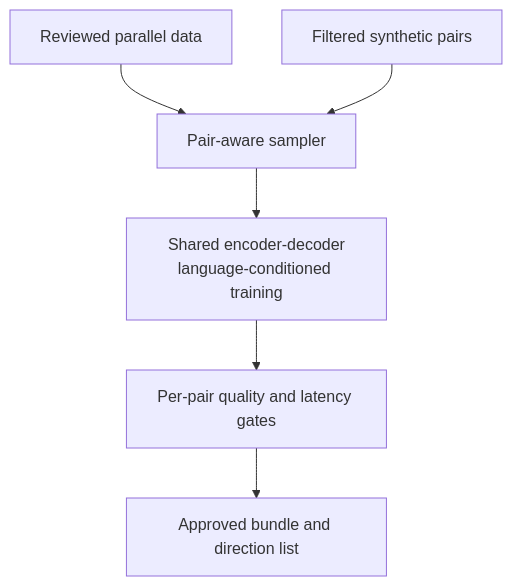
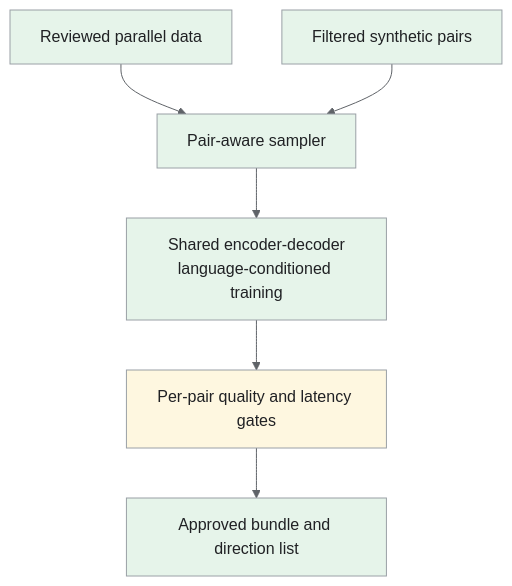
One commit to iliazlobin/iliazlobin.github.io changed the third of 3 diagrams in _designs/ml-system-design-machine-translation.md. Above: the diagram before and after it, drawn with Mermaid. The commit also changed other lines of this file and 25 other files, not shown here.

Commit message:
docs: explain Batch B design flows and tradeoffs

````diff
--- a/_designs/ml-system-design-machine-translation.md
+++ b/_designs/ml-system-design-machine-translation.md
@@ -206,8 +244,15 @@
 ```mermaid
+%%{init: {'theme':'base','themeVariables':{'primaryColor':'#e8f0fe','primaryTextColor':'#202124','primaryBorderColor':'#9aa0a6','lineColor':'#5f6368','secondaryColor':'#e6f4ea','tertiaryColor':'#fef7e0','actorBkg':'#e8f0fe','actorBorder':'#9aa0a6','actorTextColor':'#202124','noteBkgColor':'#fef7e0','noteTextColor':'#202124','noteBorderColor':'#9aa0a6','signalColor':'#5f6368','signalTextColor':'#202124','labelBoxBkgColor':'#fef7e0','labelBoxBorderColor':'#9aa0a6'}}}%%
 flowchart TB
     A["Reviewed parallel data"] --> S["Pair-aware sampler"]
     B["Filtered synthetic pairs"] --> S
     S --> T["Shared encoder-decoder<br>language-conditioned training"]
     T --> E["Per-pair quality and latency gates"]
     E --> R["Approved bundle and direction list"]
+classDef request fill:#e8f0fe,stroke:#9aa0a6,color:#202124;
+classDef data fill:#e6f4ea,stroke:#9aa0a6,color:#202124;
+classDef control fill:#fef7e0,stroke:#9aa0a6,color:#202124;
+class A,B,S,T,R data;
+class E control;
+
 ```
````
